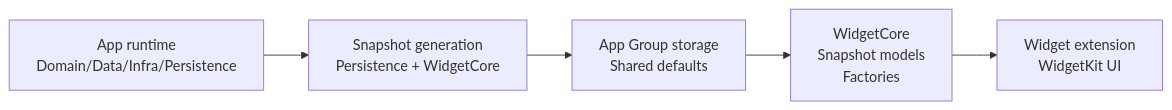
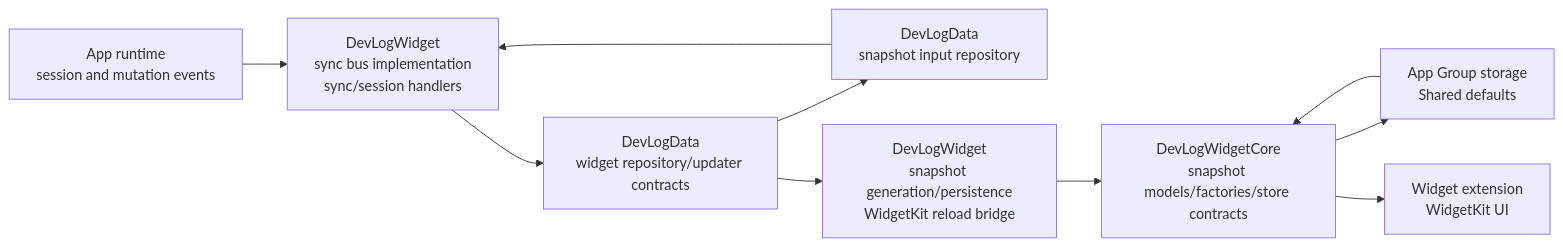
Before and after one commit to opficdev/DevLog_iOS: the eighth of 9 diagrams in .hermes/skills/devlog-architecture-harness/references/devlog-architecture-flow.md, drawn with Mermaid. The commit also changed other lines of this file and 3 other files, not shown here.

````diff
--- a/.hermes/skills/devlog-architecture-harness/references/devlog-architecture-flow.md
+++ b/.hermes/skills/devlog-architecture-harness/references/devlog-architecture-flow.md
@@ -273,13 +273,21 @@
 ```mermaid
 flowchart LR
-	App["App runtime\nDomain/Data/Infra/Persistence"]
-	Snapshot["Snapshot generation\nPersistence + WidgetCore"]
+	App["App runtime\nsession and mutation events"]
+	WidgetBridge["DevLogWidget\nsync bus implementation\nsync/session handlers"]
+	DataContracts["DevLogData\nwidget repository/updater contracts"]
+	SnapshotInputs["DevLogData\nsnapshot input repository"]
+	Snapshot["DevLogWidget\nsnapshot generation/persistence\nWidgetKit reload bridge"]
+	WidgetModels["DevLogWidgetCore\nsnapshot models/factories/store contracts"]
 	AppGroup["App Group storage\nShared defaults"]
-	WidgetCore["WidgetCore\nSnapshot models\nFactories"]
 	WidgetExtension["Widget extension\nWidgetKit UI"]
 
-	App --> Snapshot
-	Snapshot --> AppGroup
-	AppGroup --> WidgetCore
-	WidgetCore --> WidgetExtension
+	App --> WidgetBridge
+	WidgetBridge --> DataContracts
+	DataContracts --> SnapshotInputs
+	DataContracts --> Snapshot
+	SnapshotInputs --> WidgetBridge
+	Snapshot --> WidgetModels
+	WidgetModels --> AppGroup
+	AppGroup --> WidgetModels
+	WidgetModels --> WidgetExtension
 ```
````
